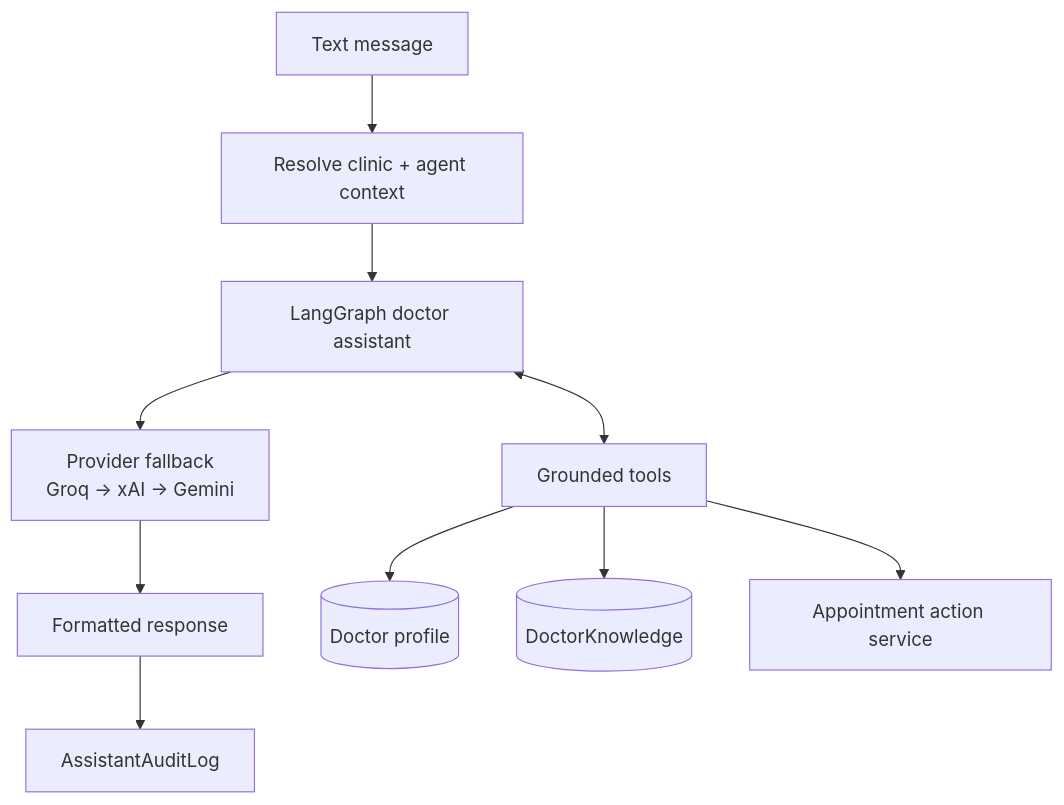
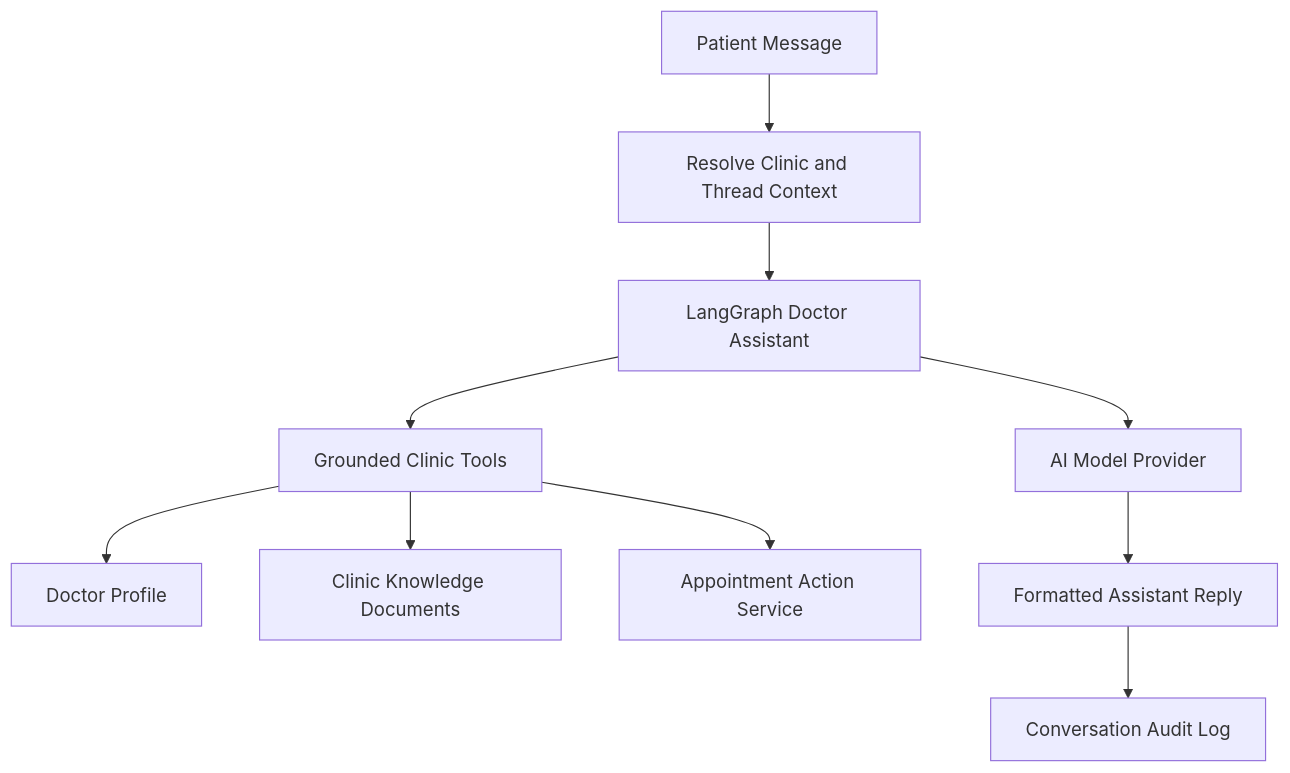
One commit to sumitsingh24k/Doctor_AI_Platform changed the sixth of 11 diagrams in SYSTEM_ARCHITECTURE.md. Above: the diagram before and after it, drawn with Mermaid. The commit also changed other lines of this file and 2 other files, not shown here.

Commit message:
system architecture & project flow add

````diff
--- a/SYSTEM_ARCHITECTURE.md
+++ b/SYSTEM_ARCHITECTURE.md
@@ -180,18 +114,12 @@
 ```mermaid
 flowchart TD
-  Request[Text message]
-  Resolve[Resolve clinic + agent context]
-  Agent[LangGraph doctor assistant]
-  Model[Provider fallback\nGroq → xAI → Gemini]
-  Tools[Grounded tools]
-  Reply[Formatted response]
-  Audit[AssistantAuditLog]
-
-  Request --> Resolve --> Agent --> Model
-  Agent <--> Tools
-  Tools --> Clinic[(Doctor profile)]
-  Tools --> Knowledge[(DoctorKnowledge)]
-  Tools --> Booking[Appointment action service]
-  Model --> Reply
-  Reply --> Audit
+    Message["Patient Message"] --> Context["Resolve Clinic and Thread Context"]
+    Context --> Agent["LangGraph Doctor Assistant"]
+    Agent --> Model["AI Model Provider"]
+    Agent --> Tools["Grounded Clinic Tools"]
+    Tools --> Profile["Doctor Profile"]
+    Tools --> Knowledge["Clinic Knowledge Documents"]
+    Tools --> Booking["Appointment Action Service"]
+    Model --> Reply["Formatted Assistant Reply"]
+    Reply --> Audit["Conversation Audit Log"]
 ```
````
